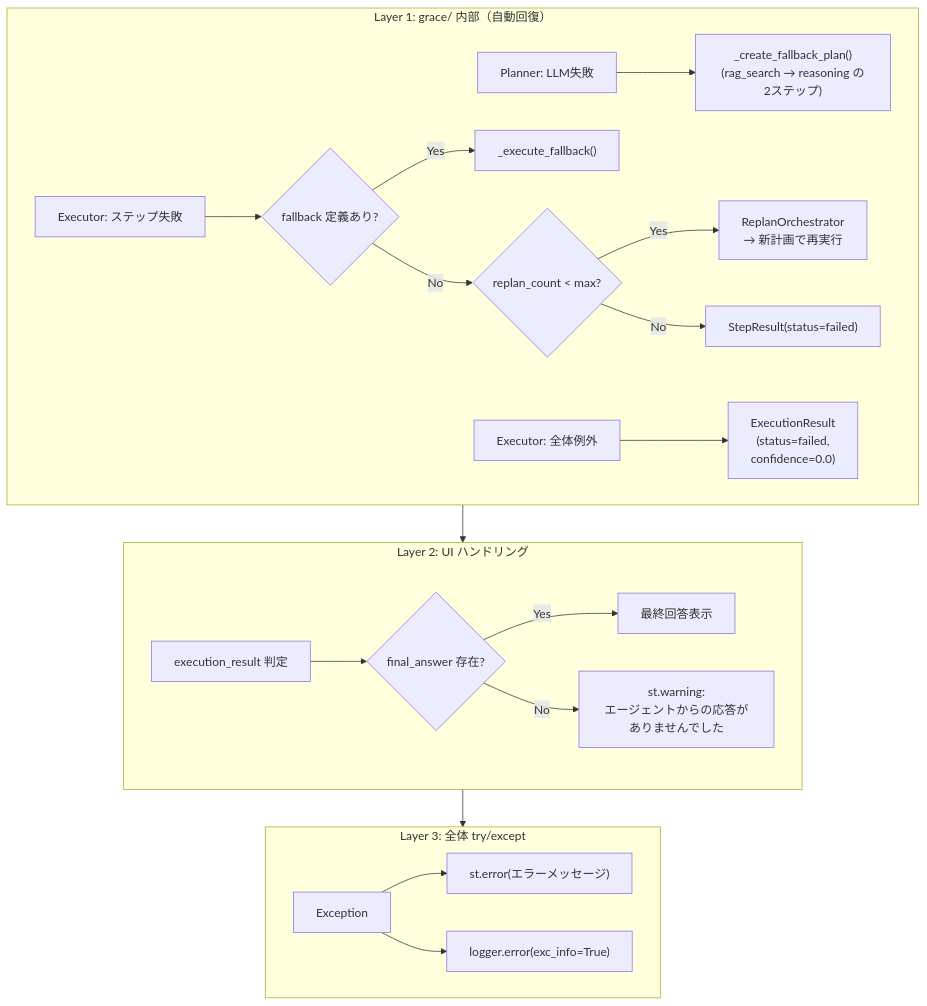
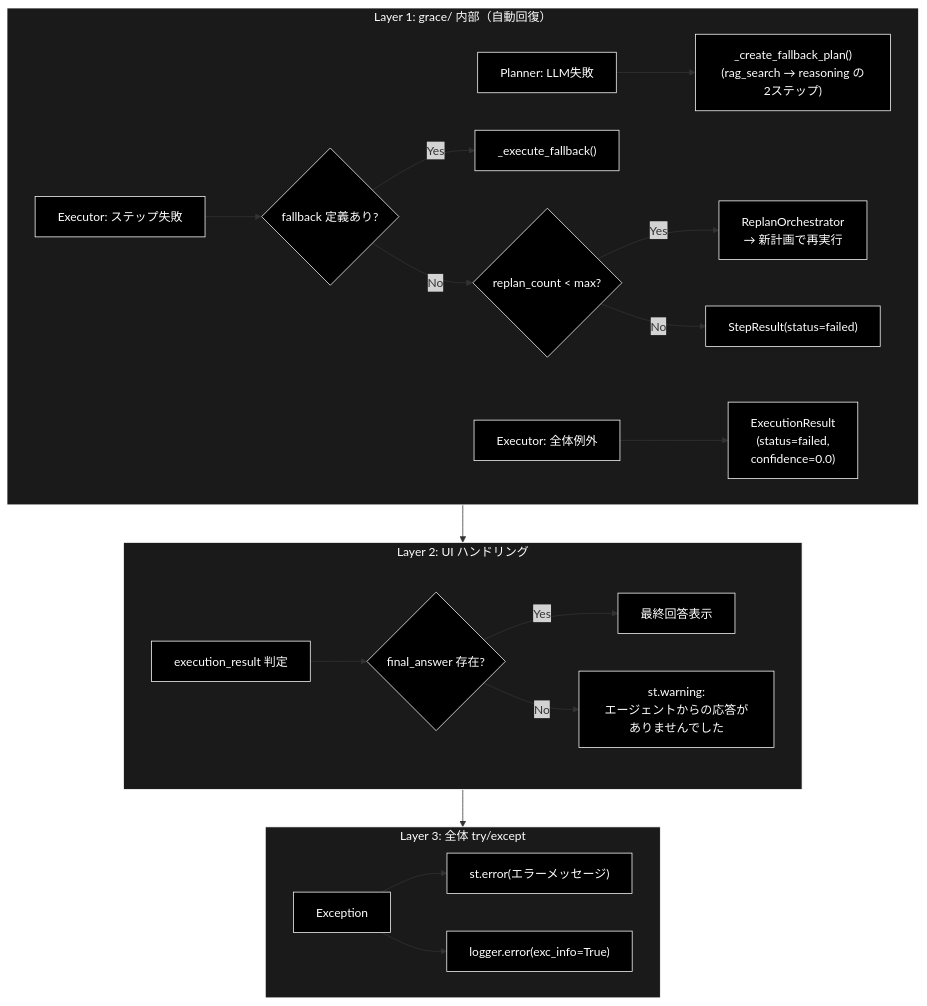
Before and after one commit to nakashima2toshio/ollama_grace_agent_v2: diagram 13 of 13 in README.md, drawn with Mermaid. The commit also changed other lines of this file, not shown here.

First line of the commit message:
docs(README): apply mandatory black-bg Mermaid style + fix grace_chat_page.py refs

````diff
--- a/README.md
+++ b/README.md
@@ -1403,27 +1482,33 @@
 ```mermaid
 flowchart TB
     subgraph Layer1["Layer 1: grace/ 内部（自動回復）"]
         A1["Planner: LLM失敗"] --> A2["_create_fallback_plan()<br/>(rag_search → reasoning の2ステップ)"]
         A3["Executor: ステップ失敗"] --> A4{"fallback 定義あり?"}
         A4 -->|Yes| A5["_execute_fallback()"]
         A4 -->|No| A6{"replan_count < max?"}
         A6 -->|Yes| A7["ReplanOrchestrator<br/>→ 新計画で再実行"]
         A6 -->|No| A8["StepResult(status=failed)"]
         A9["Executor: 全体例外"] --> A10["ExecutionResult<br/>(status=failed,<br/>confidence=0.0)"]
     end
 
     subgraph Layer2["Layer 2: UI ハンドリング"]
         B1["execution_result 判定"]
         B1 --> B2{"final_answer 存在?"}
         B2 -->|Yes| B3["最終回答表示"]
         B2 -->|No| B4["st.warning:<br/>エージェントからの応答がありませんでした"]
     end
 
     subgraph Layer3["Layer 3: 全体 try/except"]
         C1["Exception"] --> C2["st.error(エラーメッセージ)"]
         C1 --> C3["logger.error(exc_info=True)"]
     end
 
     Layer1 --> Layer2
     Layer2 --> Layer3
+classDef default fill:#000,stroke:#fff,color:#fff
+classDef subgraphStyle fill:#1a1a1a,stroke:#fff,color:#fff
+class A1,A2,A3,A4,A5,A6,A7,A8,A9,A10,B1,B2,B3,B4,C1,C2,C3 default
+style Layer1 fill:#1a1a1a,stroke:#fff,color:#fff
+style Layer2 fill:#1a1a1a,stroke:#fff,color:#fff
+style Layer3 fill:#1a1a1a,stroke:#fff,color:#fff
 ```
````
